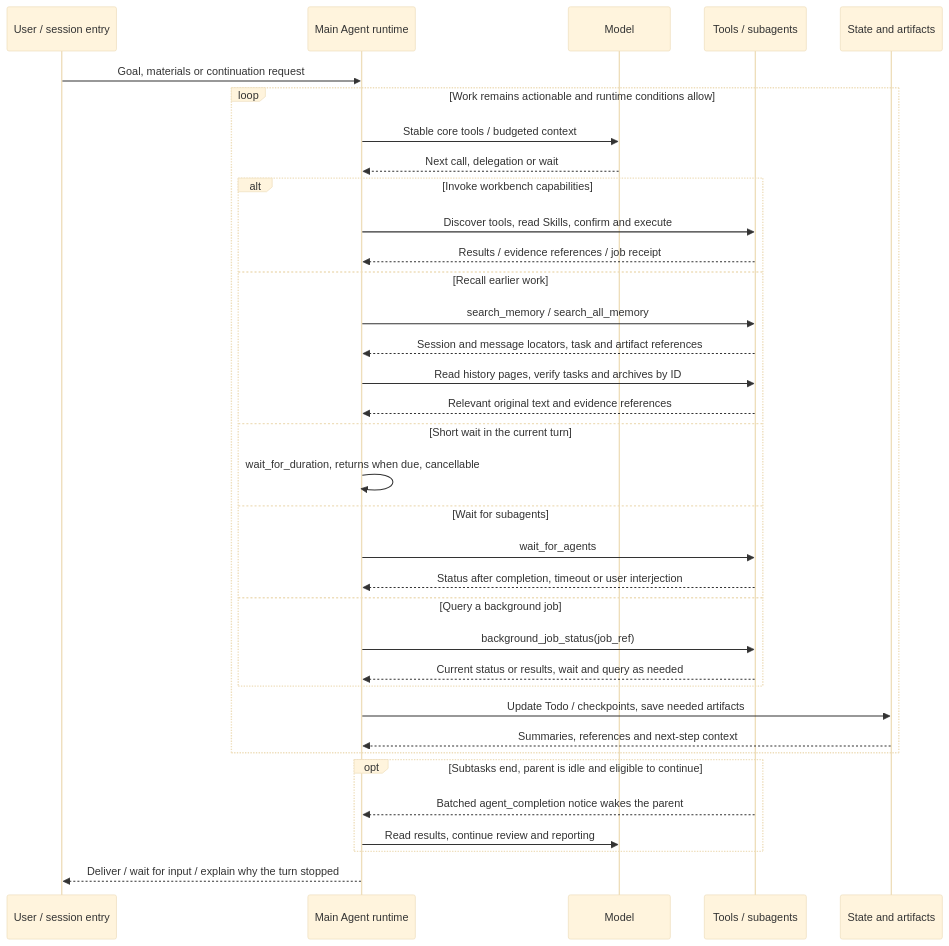
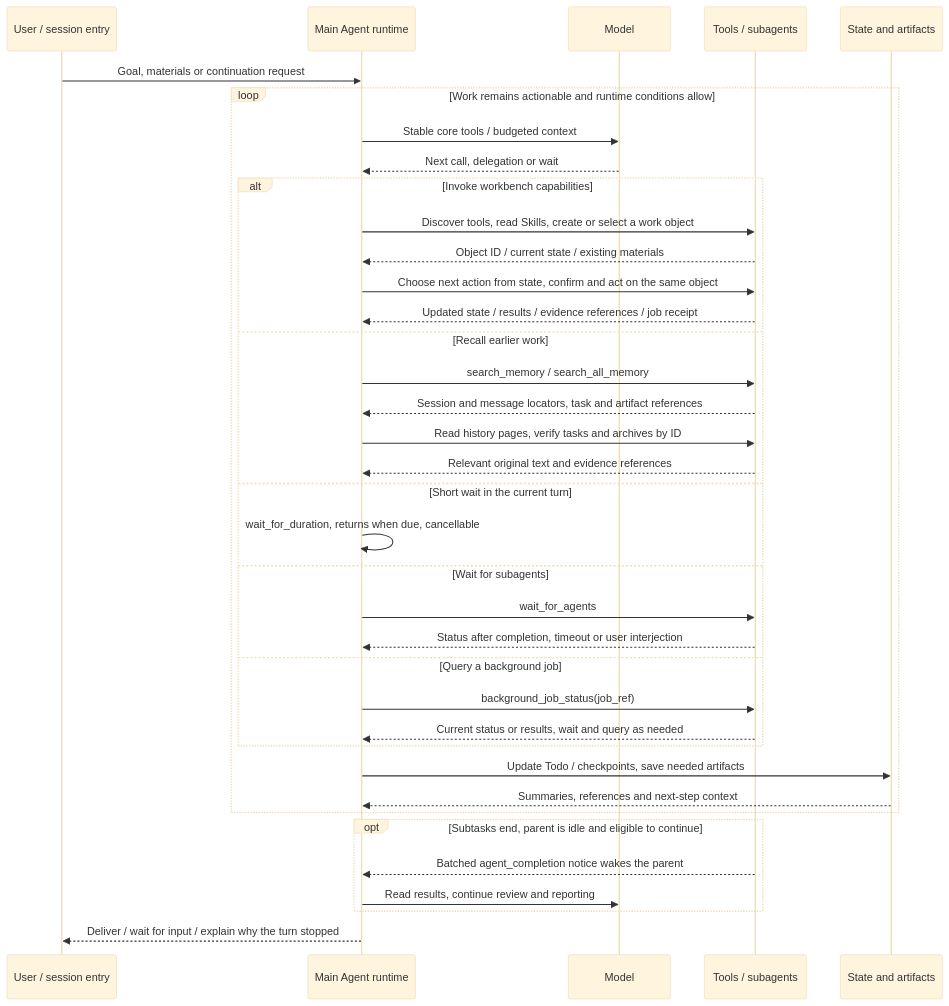
The second of 3 diagrams in README.en.md (HG-ha/Argusai), drawn with Mermaid (base theme) before and after one commit. The commit also changed other lines of this file and 6 other files, not shown here.

````diff
--- a/README.en.md
+++ b/README.en.md
@@ -217,37 +220,39 @@
 ```mermaid
 sequenceDiagram
     participant U as User / session entry
     participant A as Main Agent runtime
     participant M as Model
     participant T as Tools / subagents
     participant S as State and artifacts
     U->>A: Goal, materials or continuation request
     loop Work remains actionable and runtime conditions allow
         A->>M: Stable core tools / budgeted context
         M-->>A: Next call, delegation or wait
         alt Invoke workbench capabilities
-            A->>T: Discover tools, read Skills, confirm and execute
-            T-->>A: Results / evidence references / job receipt
+            A->>T: Discover tools, read Skills, create or select a work object
+            T-->>A: Object ID / current state / existing materials
+            A->>T: Choose next action from state, confirm and act on the same object
+            T-->>A: Updated state / results / evidence references / job receipt
         else Recall earlier work
             A->>T: search_memory / search_all_memory
             T-->>A: Session and message locators, task and artifact references
             A->>T: Read history pages, verify tasks and archives by ID
             T-->>A: Relevant original text and evidence references
         else Short wait in the current turn
             A->>A: wait_for_duration, returns when due, cancellable
         else Wait for subagents
             A->>T: wait_for_agents
             T-->>A: Status after completion, timeout or user interjection
         else Query a background job
             A->>T: background_job_status(job_ref)
             T-->>A: Current status or results, wait and query as needed
         end
         A->>S: Update Todo / checkpoints, save needed artifacts
         S-->>A: Summaries, references and next-step context
     end
     opt Subtasks end, parent is idle and eligible to continue
         T-->>A: Batched agent_completion notice wakes the parent
         A->>M: Read results, continue review and reporting
     end
     A-->>U: Deliver / wait for input / explain why the turn stopped
 ```
````
